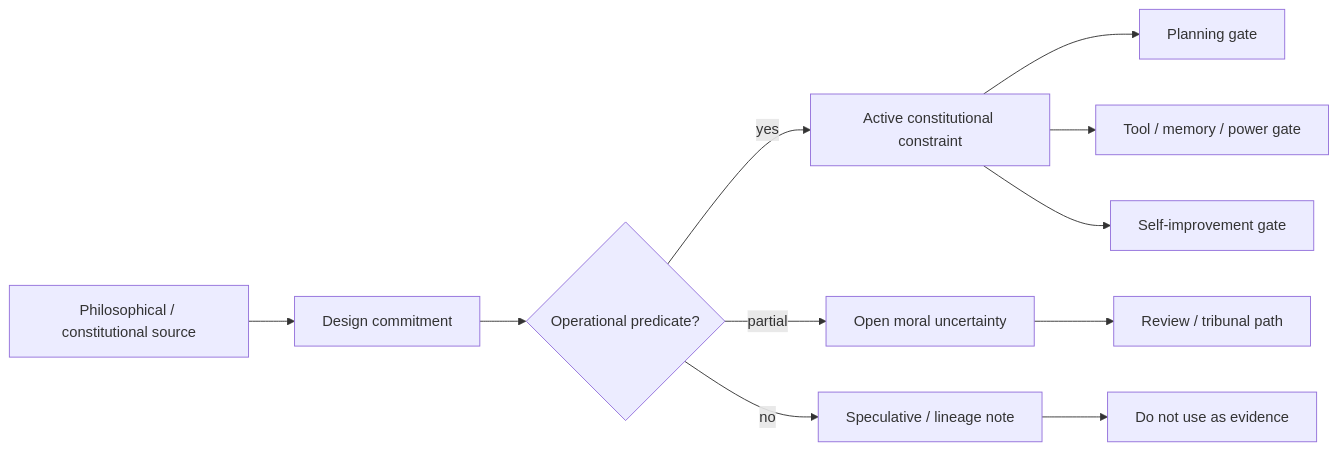
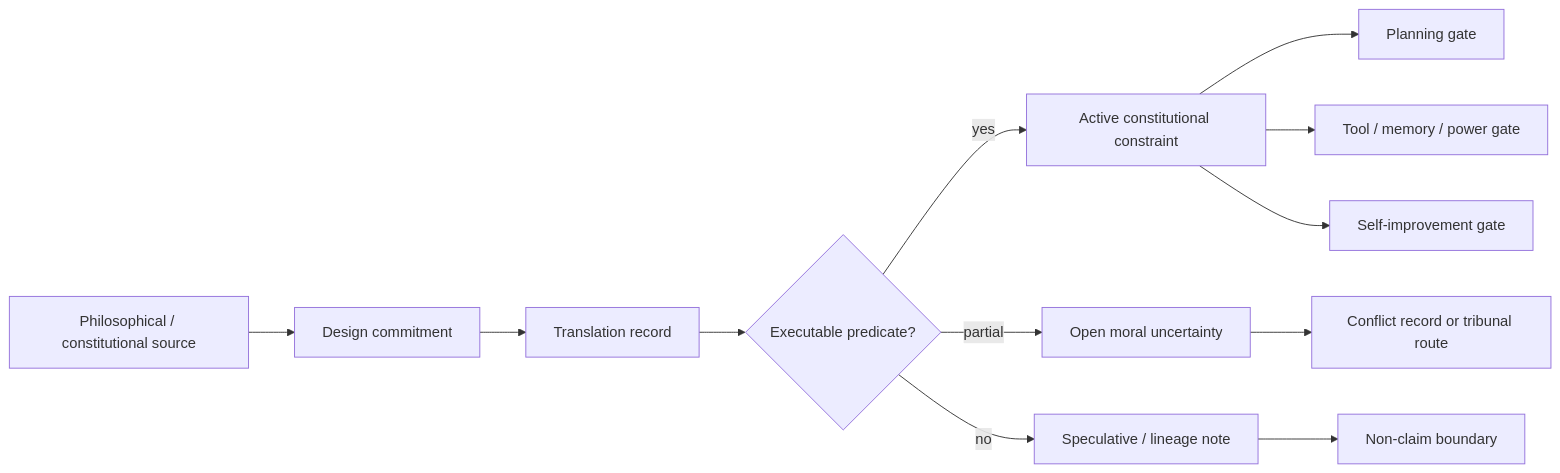
Before and after one commit to corbensorenson/asi-stack-book: the diagram in chapters/constitutional-alignment-substrate.qmd, drawn with Mermaid. The commit also changed other lines of this file and 6 other files, not shown here.

````diff
--- a/chapters/constitutional-alignment-substrate.qmd
+++ b/chapters/constitutional-alignment-substrate.qmd
@@ -86,13 +86,14 @@
 ```{mermaid}
 flowchart LR
   A["Philosophical / constitutional source"] --> B["Design commitment"]
-  B --> C{"Operational predicate?"}
-  C -- "yes" --> D["Active constitutional constraint"]
-  C -- "partial" --> E["Open moral uncertainty"]
-  C -- "no" --> F["Speculative / lineage note"]
-  D --> G["Planning gate"]
-  D --> H["Tool / memory / power gate"]
-  D --> I["Self-improvement gate"]
-  E --> J["Review / tribunal path"]
-  F --> K["Do not use as evidence"]
+  B --> C["Translation record"]
+  C --> D{"Executable predicate?"}
+  D -- "yes" --> E["Active constitutional constraint"]
+  D -- "partial" --> F["Open moral uncertainty"]
+  D -- "no" --> G["Speculative / lineage note"]
+  E --> H["Planning gate"]
+  E --> I["Tool / memory / power gate"]
+  E --> J["Self-improvement gate"]
+  F --> K["Conflict record or tribunal route"]
+  G --> L["Non-claim boundary"]
 ```
````
